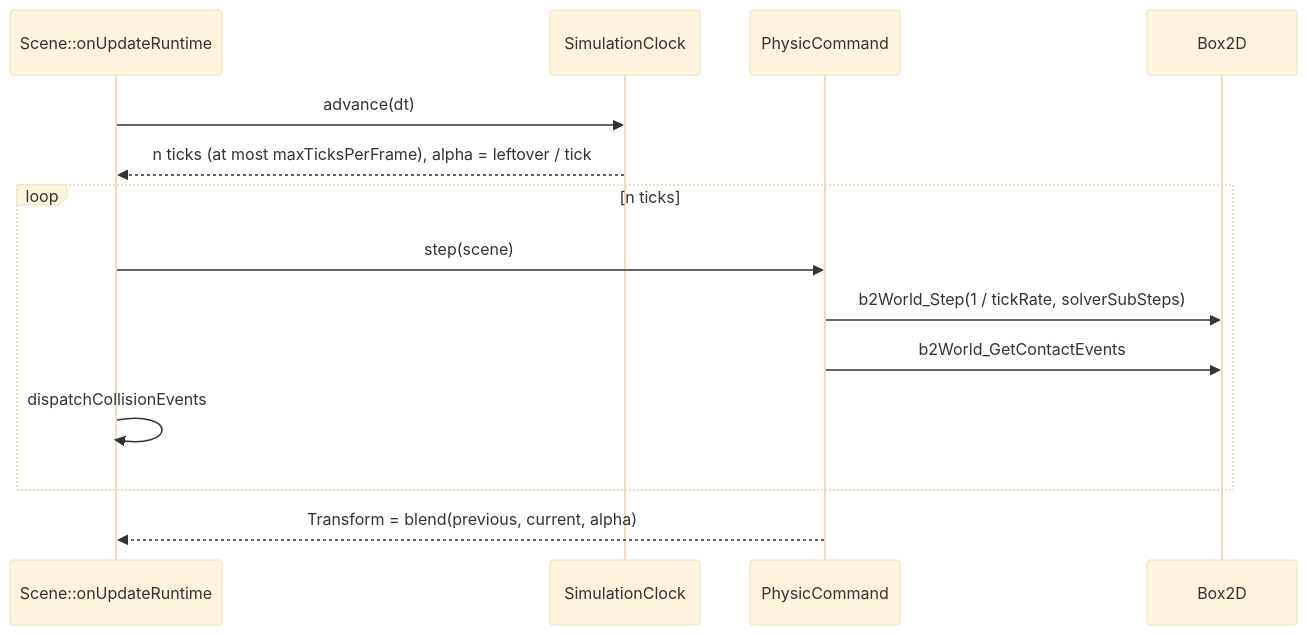
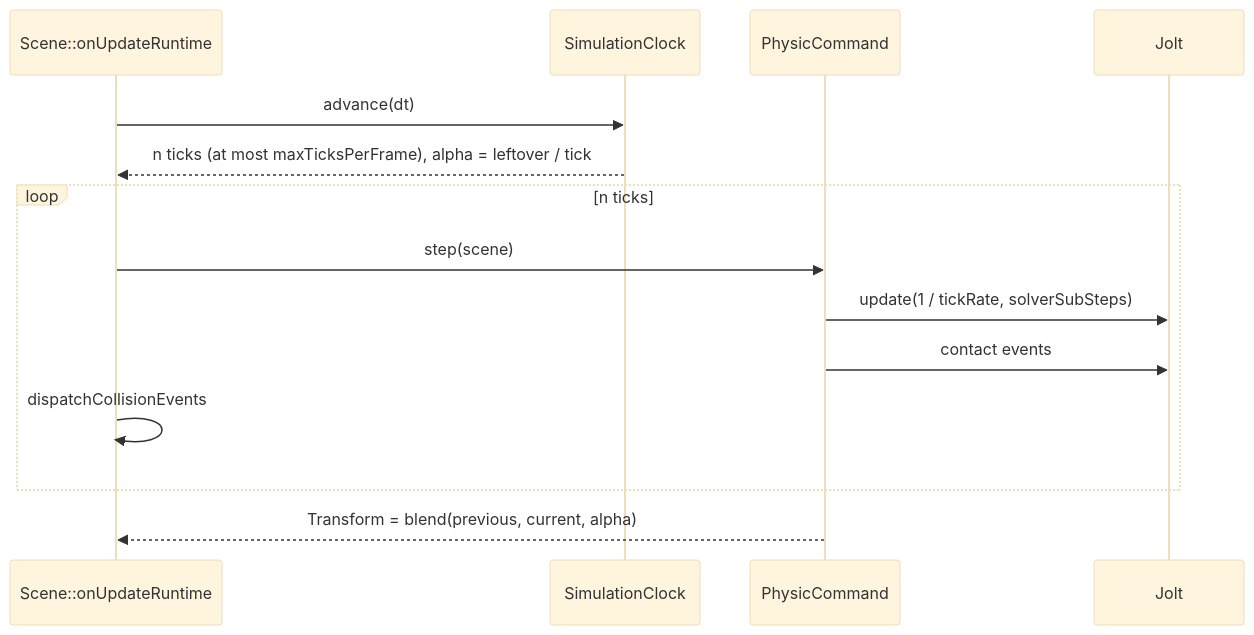
The third of 4 diagrams in doc/pages/physics.md (Silmaen/Owl), drawn with Mermaid (base theme) before and after one commit. The commit also changed other lines of this file and 74 other files, not shown here.

First line of the commit message:
Add Jolt Physics, built deterministic, with a frozen world-hash test (#375)

````diff
--- a/doc/pages/physics.md
+++ b/doc/pages/physics.md
@@ -163,16 +186,16 @@
 ```mermaid
 sequenceDiagram
     participant S as Scene::onUpdateRuntime
     participant C as SimulationClock
     participant P as PhysicCommand
-    participant B as Box2D
+    participant B as Jolt
     S->>C: advance(dt)
     C-->>S: n ticks (at most maxTicksPerFrame), alpha = leftover / tick
     loop n ticks
         S->>P: step(scene)
-        P->>B: b2World_Step(1 / tickRate, solverSubSteps)
-        P->>B: b2World_GetContactEvents
+        P->>B: update(1 / tickRate, solverSubSteps)
+        P->>B: contact events
         S->>S: dispatchCollisionEvents
     end
     P-->>S: Transform = blend(previous, current, alpha)
 ```
````
